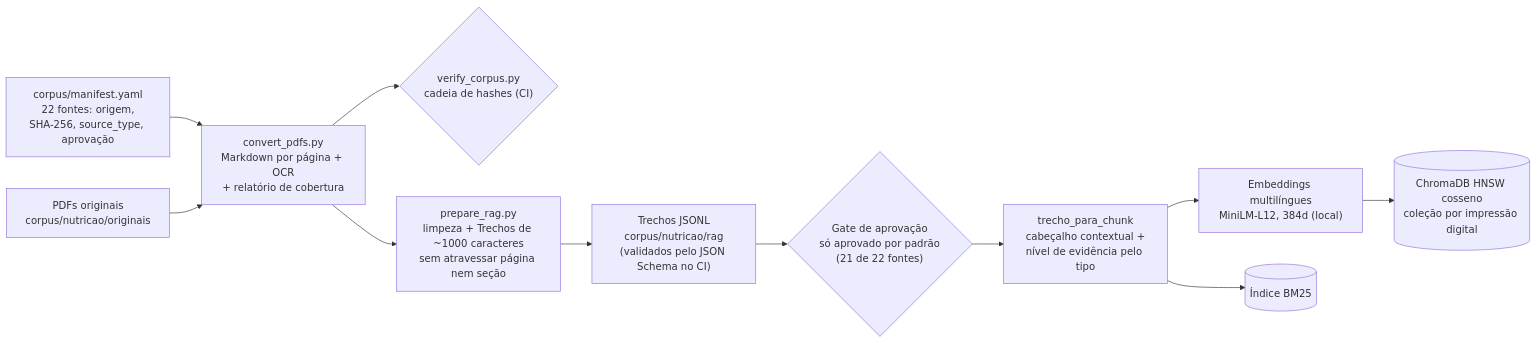
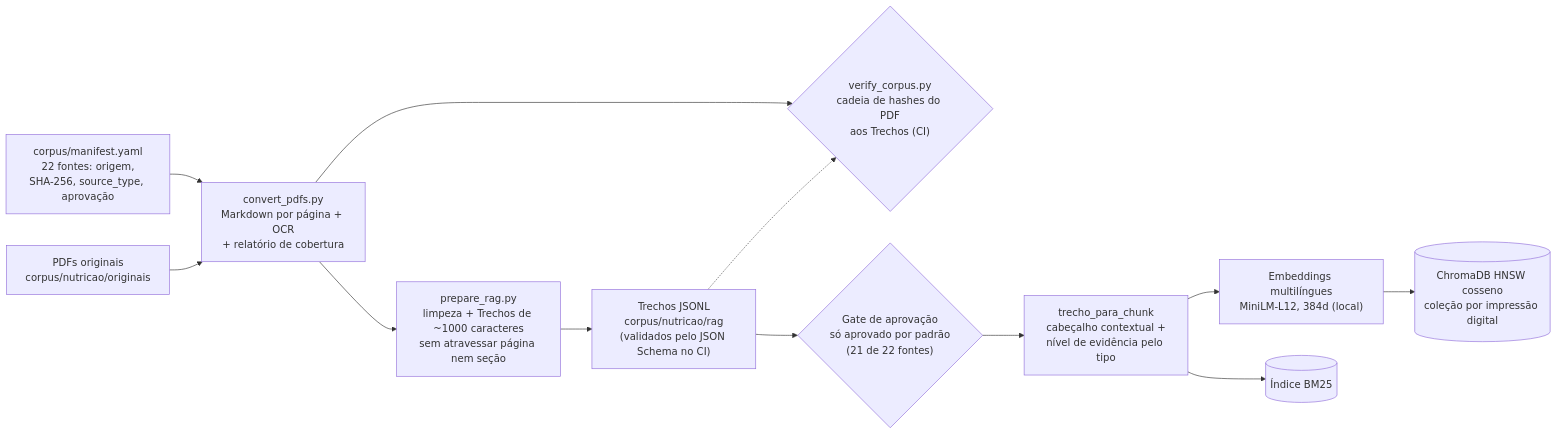
The first of 2 diagrams in docs/entrega-rag-nutricao.md (Cultiva-Challenge-2-Residencia-IA/CultivaProjetoFase1), drawn with Mermaid before and after one commit. The commit also changed 7 other files, not shown here.

First line of the commit message:
feat(corpus): verifica os Trechos JSONL contra o manifesto e a origem

````diff
--- a/docs/entrega-rag-nutricao.md
+++ b/docs/entrega-rag-nutricao.md
@@ -75,13 +75,14 @@
 ```mermaid
 flowchart LR
     M["corpus/manifest.yaml<br/>22 fontes: origem,<br/>SHA-256, source_type, aprovação"] --> C
     P["PDFs originais<br/>corpus/nutricao/originais"] --> C["convert_pdfs.py<br/>Markdown por página + OCR<br/>+ relatório de cobertura"]
-    C --> V{"verify_corpus.py<br/>cadeia de hashes (CI)"}
+    C --> V{"verify_corpus.py<br/>cadeia de hashes do PDF<br/>aos Trechos (CI)"}
     C --> R["prepare_rag.py<br/>limpeza + Trechos de ~1000 caracteres<br/>sem atravessar página nem seção"]
     R --> J["Trechos JSONL<br/>corpus/nutricao/rag<br/>(validados pelo JSON Schema no CI)"]
+    J -.-> V
     J --> G{"Gate de aprovação<br/>só aprovado por padrão<br/>(21 de 22 fontes)"}
     G --> T["trecho_para_chunk<br/>cabeçalho contextual +<br/>nível de evidência pelo tipo"]
     T --> E["Embeddings multilíngues<br/>MiniLM-L12, 384d (local)"]
     E --> DB[("ChromaDB HNSW cosseno<br/>coleção por impressão digital")]
     T --> B[("Índice BM25")]
 ```
````
